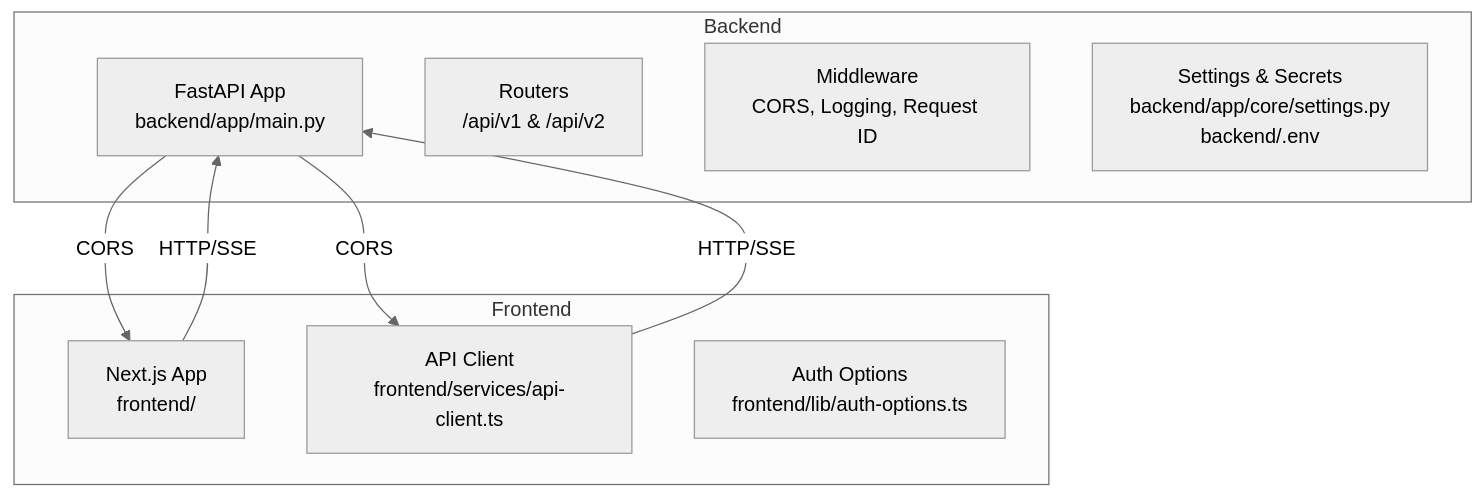
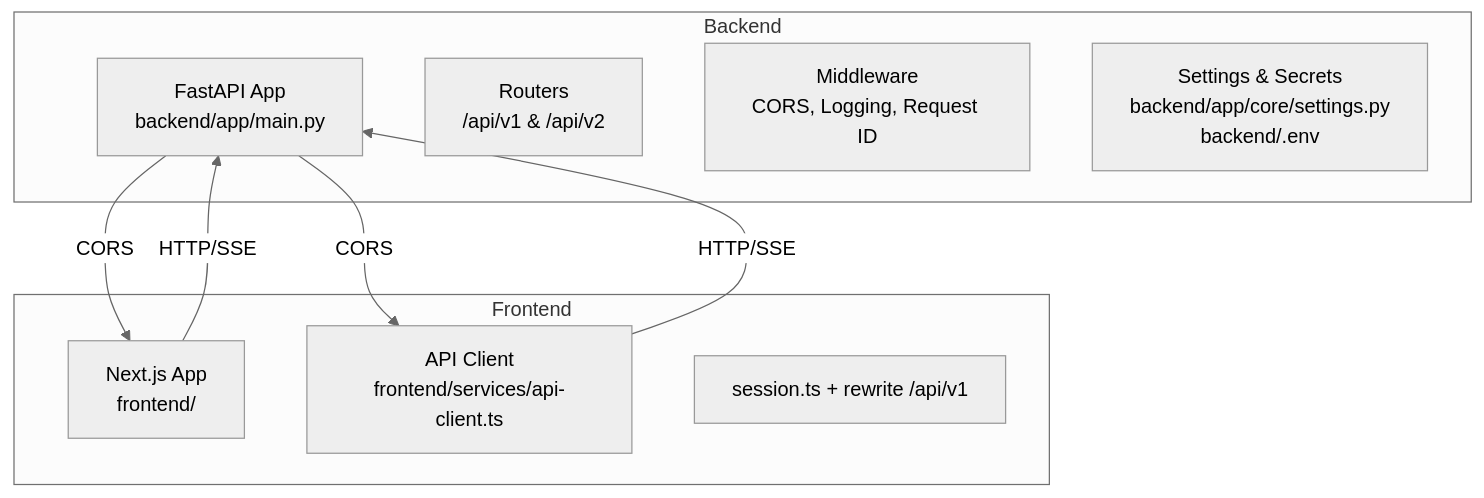
Before and after one commit to tashifkhan/tashif.codes: the first of 11 diagrams in src/data/docs/talentsync/Backend API Reference/API Overview.md, drawn with Mermaid (neutral theme). The commit also changed other lines of this file and 2128 other files, not shown here.

First line of the commit message:
docs: replace raster diagram images with native Mermaid across project guides

````diff
--- a/src/data/docs/talentsync/Backend API Reference/API Overview.md
+++ b/src/data/docs/talentsync/Backend API Reference/API Overview.md
@@ -17,18 +16,18 @@
 ```mermaid
 graph TB
 subgraph "Backend"
 A["FastAPI App<br/>backend/app/main.py"]
 B["Routers<br/>/api/v1 & /api/v2"]
 C["Middleware<br/>CORS, Logging, Request ID"]
 D["Settings & Secrets<br/>backend/app/core/settings.py<br/>backend/.env"]
 end
 subgraph "Frontend"
 E["Next.js App<br/>frontend/"]
 F["API Client<br/>frontend/services/api-client.ts"]
-G["Auth Options<br/>frontend/lib/auth-options.ts"]
+G["session.ts + rewrite /api/v1"]
 end
 E --> |"HTTP/SSE"| A
 F --> |"HTTP/SSE"| A
 A --> |"CORS"| E
 A --> |"CORS"| F
 ```
````
